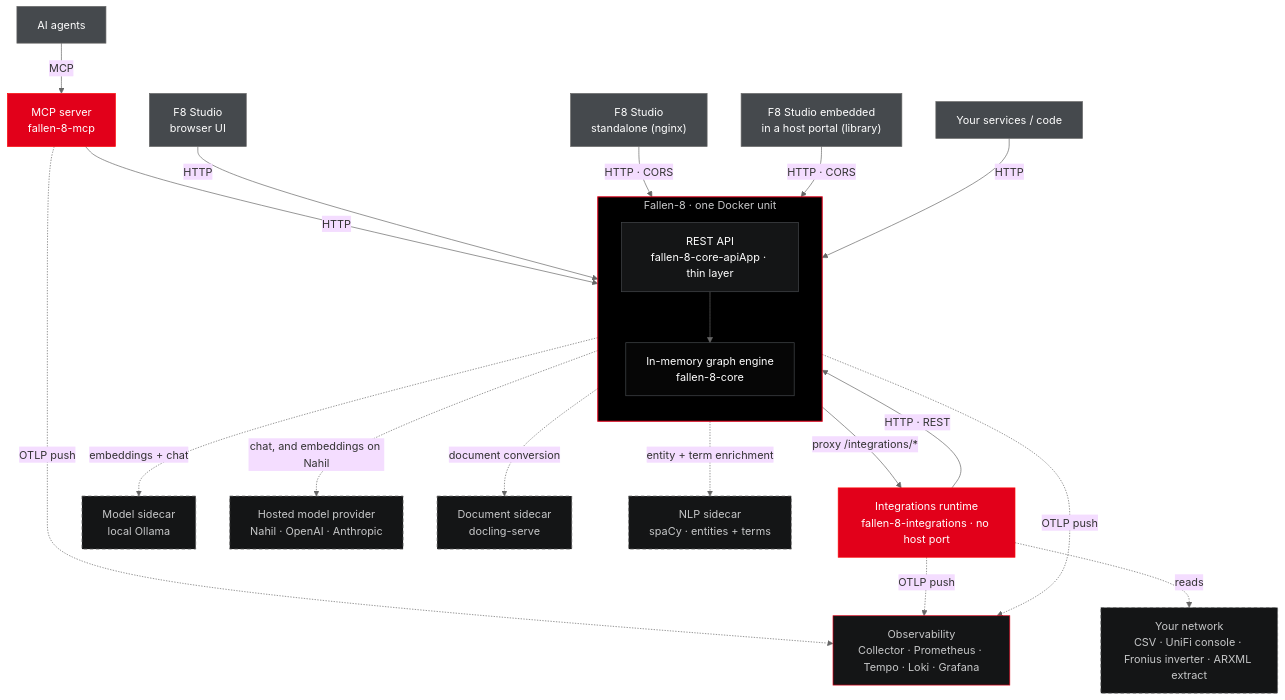
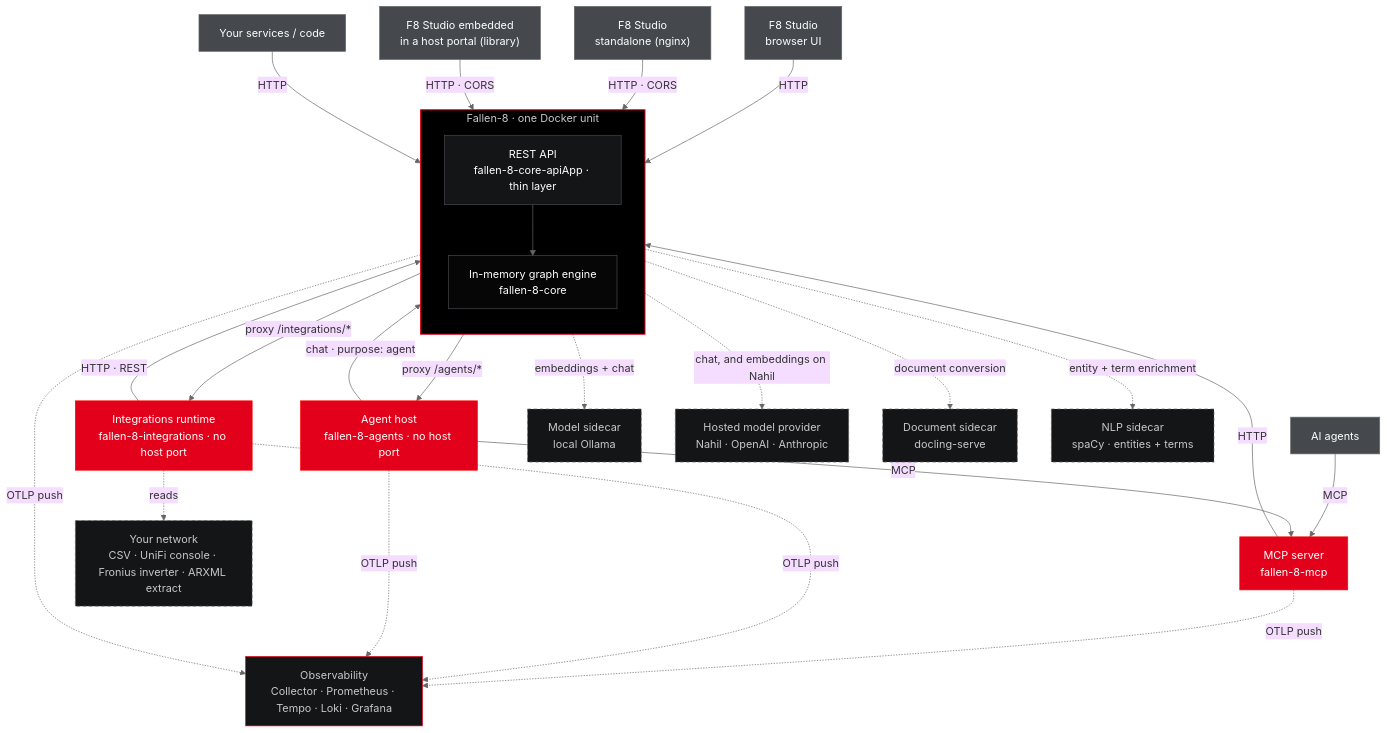
One commit to cosh/fallen-8-core changed the diagram in README.md. Above: the diagram before and after it, drawn with Mermaid. The commit also changed other lines of this file and 6 other files, not shown here.

````diff
--- a/README.md
+++ b/README.md
@@ -142,51 +147,56 @@
 ```mermaid
 %%{init: {'theme':'base','themeVariables':{'fontFamily':'ui-monospace, SFMono-Regular, Menlo, Consolas, monospace','lineColor':'#666666'}}}%%
 flowchart TB
     agents["AI agents"]:::client
     studio["F8 Studio<br/>browser UI"]:::client
     uistandalone["F8 Studio<br/>standalone (nginx)"]:::client
     hostembed["F8 Studio embedded<br/>in a host portal (library)"]:::client
     services["Your services / code"]:::client
 
     mcp["MCP server<br/>fallen-8-mcp"]:::mcp
     integrations["Integrations runtime<br/>fallen-8-integrations · no host port"]:::mcp
+    agenthost["Agent host<br/>fallen-8-agents · no host port"]:::mcp
 
     subgraph unit["Fallen-8 · one Docker unit"]
         direction TB
         rest["REST API<br/>fallen-8-core-apiApp · thin layer"]:::api
         engine["In-memory graph engine<br/>fallen-8-core"]:::engine
         rest --> engine
     end
 
     sidecar["Model sidecar<br/>local Ollama"]:::ext
     provider["Hosted model provider<br/>Nahil · OpenAI · Anthropic"]:::ext
     docling["Document sidecar<br/>docling-serve"]:::ext
     nlp["NLP sidecar<br/>spaCy · entities + terms"]:::ext
     sources["Your network<br/>CSV · UniFi console · Fronius inverter · ARXML extract"]:::ext
     obs["Observability<br/>Collector · Prometheus · Tempo · Loki · Grafana"]:::obs
 
     agents -->|MCP| mcp
     mcp -->|HTTP| rest
     studio -->|HTTP| rest
     uistandalone -->|HTTP · CORS| rest
     hostembed -->|HTTP · CORS| rest
     services -->|HTTP| rest
     rest -.->|embeddings + chat| sidecar
     rest -.->|"chat, and embeddings on Nahil"| provider
     rest -.->|document conversion| docling
     rest -.->|entity + term enrichment| nlp
     rest -.->|OTLP push| obs
     mcp -.->|OTLP push| obs
     rest -->|proxy /integrations/*| integrations
     integrations -->|HTTP · REST| rest
     integrations -.->|reads| sources
     integrations -.->|OTLP push| obs
+    rest -->|proxy /agents/*| agenthost
+    agenthost -->|"chat · purpose: agent"| rest
+    agenthost -->|MCP| mcp
+    agenthost -.->|OTLP push| obs
 
     classDef client fill:#45494D,stroke:#666666,color:#FEFEFE
     classDef mcp fill:#E2001A,stroke:#FC0606,color:#FEFEFE
     classDef api fill:#141516,stroke:#45494D,color:#FEFEFE
     classDef engine fill:#060606,stroke:#45494D,color:#FEFEFE
     classDef ext fill:#141516,stroke:#666666,color:#C6C7C8,stroke-dasharray:5 4
     classDef obs fill:#141516,stroke:#E2001A,color:#C6C7C8
     style unit fill:#000000,stroke:#E2001A,stroke-width:1.5px,color:#C6C7C8
 ```
````
